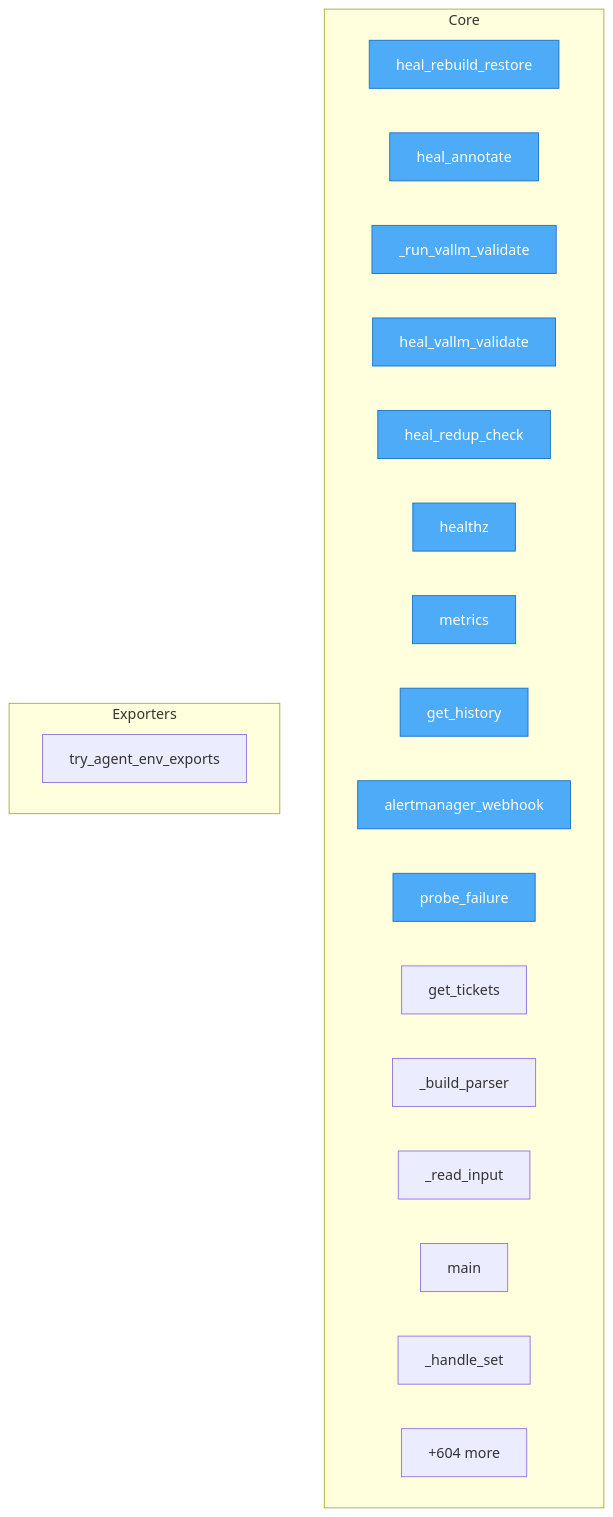
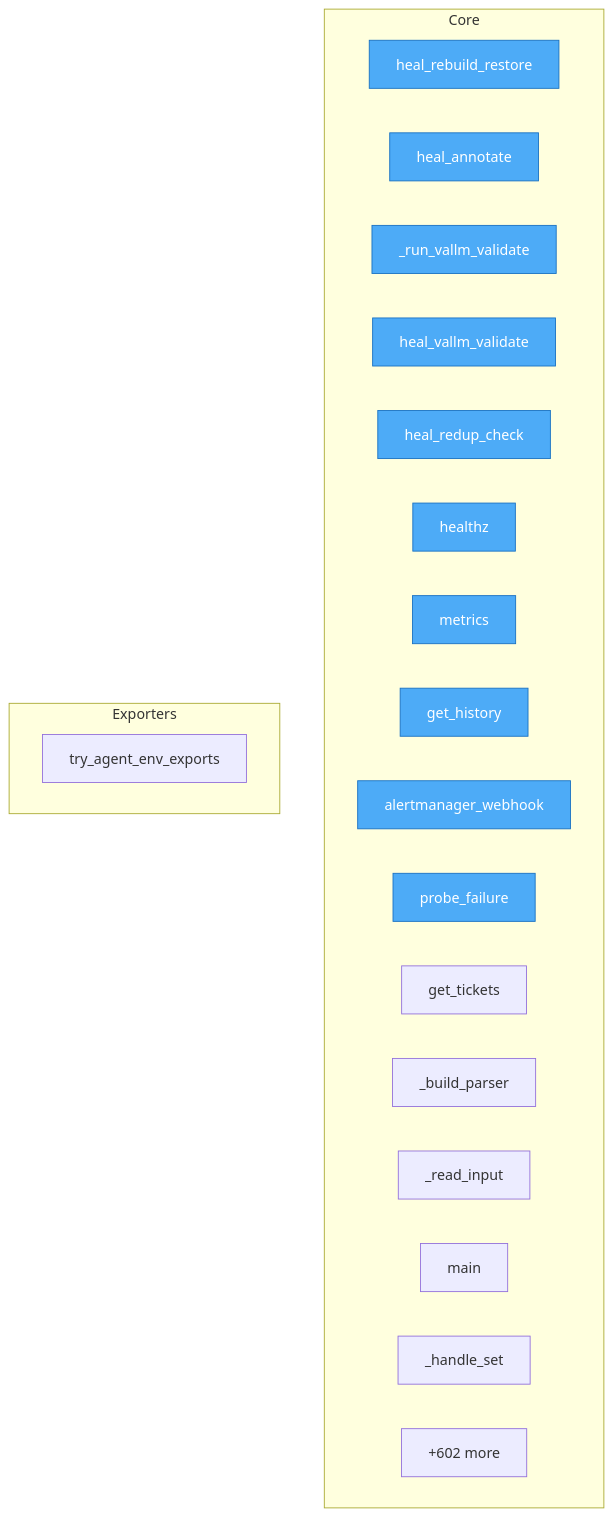
One commit to semcod/koru changed the diagram in project/flow.mmd. Above: the diagram before and after it, drawn with Mermaid. The commit also changed 38 other files, not shown here.

```diff
--- a/project/flow.mmd
+++ b/project/flow.mmd
@@ -1,30 +1,30 @@
 flowchart TD
-%% generated in 0.05s
+%% generated in 0.07s
 
     %% Entry points (blue)
     classDef entry fill:#4dabf7,stroke:#1971c2,color:#fff
 
     subgraph Core
         services__healing_webhook__app__heal_rebuild_restore["heal_rebuild_restore"]
         services__healing_webhook__app__heal_annotate["heal_annotate"]
         services__healing_webhook__app___run_vallm_validate["_run_vallm_validate"]
         services__healing_webhook__app__heal_vallm_validate["heal_vallm_validate"]
         services__healing_webhook__app__heal_redup_check["heal_redup_check"]
         services__healing_webhook__app__healthz["healthz"]
         services__healing_webhook__app__metrics["metrics"]
         services__healing_webhook__app__get_history["get_history"]
         services__healing_webhook__app__alertmanager_webhook["alertmanager_webhook"]
         services__healing_webhook__app__probe_failure["probe_failure"]
         services__healing_webhook__app__get_tickets["get_tickets"]
         src__korudsl__cli___build_parser["_build_parser"]
         src__korudsl__cli___read_input["_read_input"]
         src__korudsl__cli__main["main"]
         src__korudsl__library___handle_set["_handle_set"]
-        ...["+604 more"]
+        ...["+602 more"]
     end
 
     subgraph Exporters
         src__koru__agent_cli_helpers__try_agent_env_exports["try_agent_env_exports"]
     end
 
     class services__healing_webhook__app__heal_rebuild_restore,services__healing_webhook__app__heal_annotate,services__healing_webhook__app___run_vallm_validate,services__healing_webhook__app__heal_vallm_validate,services__healing_webhook__app__heal_redup_check,services__healing_webhook__app__healthz,services__healing_webhook__app__metrics,services__healing_webhook__app__get_history,services__healing_webhook__app__alertmanager_webhook,services__healing_webhook__app__probe_failure entry
```
